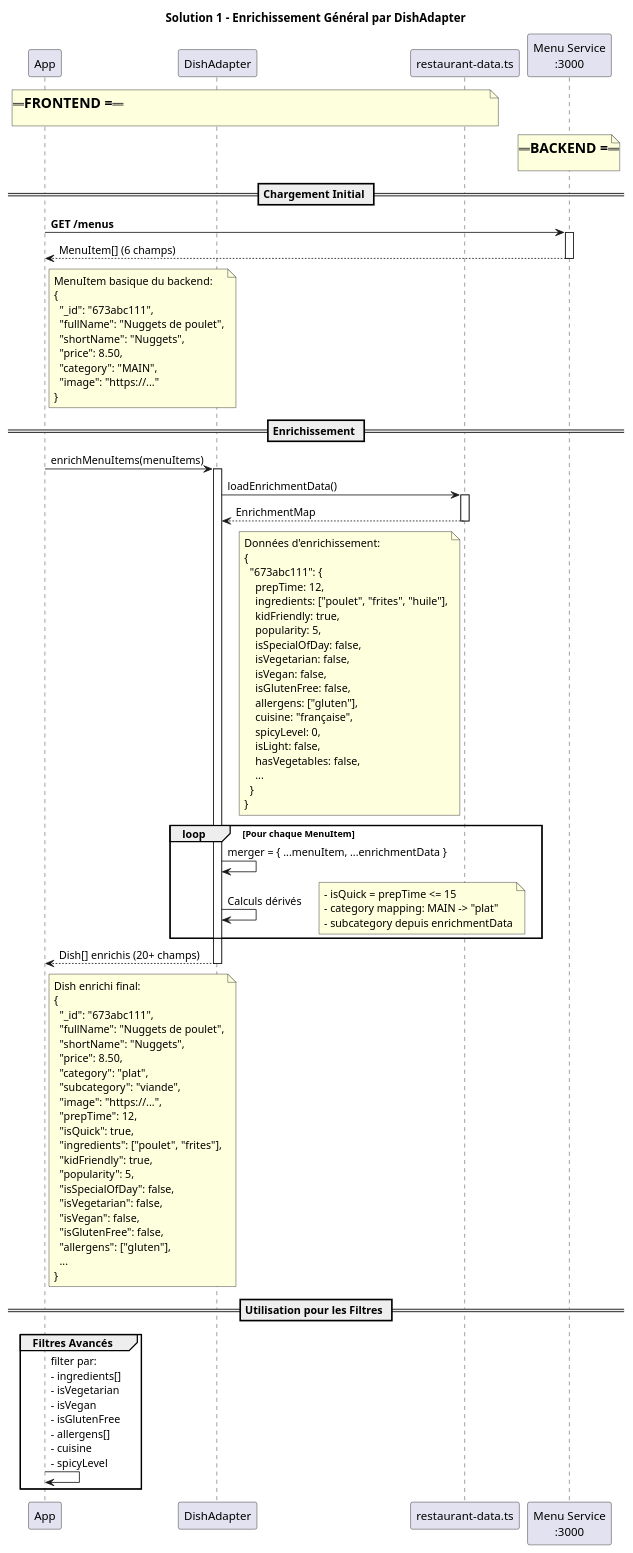
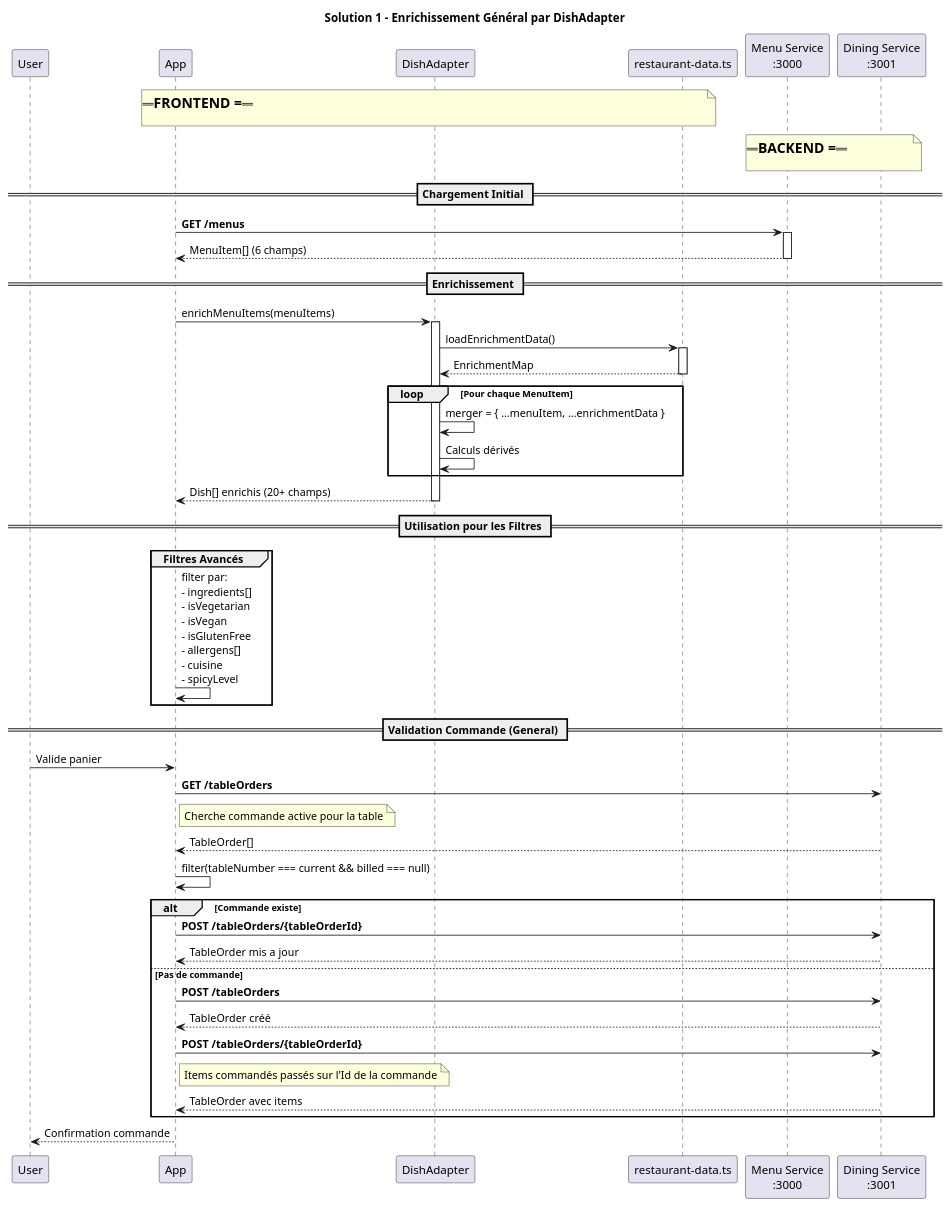
The diagram in misc/diagrams/solution1-enrichissement-general.puml (AlexisDub/AdaptationDesInterfaces), drawn with PlantUML before and after one commit. The commit also changed 9 other files, not shown here.

Commit message:
diagrammes BFF

```diff
--- a/misc/diagrams/solution1-enrichissement-general.puml
+++ b/misc/diagrams/solution1-enrichissement-general.puml
@@ -1,107 +1,66 @@
-@startuml Solution 1 - Enrichissement Général des MenuItem
 title Solution 1 - Enrichissement Général par DishAdapter
 
+participant "User" as User
 participant "App" as FE
 participant "DishAdapter" as DA
 participant "restaurant-data.ts" as Data
 participant "Menu Service\n:3000" as Menu
+participant "Dining Service\n:3001" as Dining
 
 note over FE,Data: === FRONTEND ===
-note over Menu: === BACKEND ===
+note over Menu,Dining: === BACKEND ===
 
 == Chargement Initial ==
 
 FE -> Menu: **GET /menus**
 activate Menu
 Menu --> FE: MenuItem[] (6 champs)
 deactivate Menu
 
-note right of FE
-  MenuItem basique du backend:
-  {
-    "_id": "673abc111",
-    "fullName": "Nuggets de poulet",
-    "shortName": "Nuggets",
-    "price": 8.50,
-    "category": "MAIN",
-    "image": "https://..."
-  }
-end note
 
 == Enrichissement ==
 
 FE -> DA: enrichMenuItems(menuItems)
 activate DA
 
 DA -> Data: loadEnrichmentData()
 activate Data
 Data --> DA: EnrichmentMap
 deactivate Data
 
-note left of Data
-  Données d'enrichissement:
-  {
-    "673abc111": {
-      prepTime: 12,
-      ingredients: ["poulet", "frites", "huile"],
-      kidFriendly: true,
-      popularity: 5,
-      isSpecialOfDay: false,
-      isVegetarian: false,
-      isVegan: false,
-      isGlutenFree: false,
-      allergens: ["gluten"],
-      cuisine: "française",
-      spicyLevel: 0,
-      isLight: false,
-      hasVegetables: false,
-      ...
-    }
-  }
-end note
 
 loop Pour chaque MenuItem
   DA -> DA: merger = { ...menuItem, ...enrichmentData }
   
   DA -> DA: Calculs dérivés
-  note right
-    - isQuick = prepTime <= 15
-    - category mapping: MAIN -> "plat"
-    - subcategory depuis enrichmentData
-  end note
 end
 
 DA --> FE: Dish[] enrichis (20+ champs)
 deactivate DA
-
-note right of FE
-  Dish enrichi final:
-  {
-    "_id": "673abc111",
-    "fullName": "Nuggets de poulet",
-    "shortName": "Nuggets",
-    "price": 8.50,
-    "category": "plat",
-    "subcategory": "viande",
-    "image": "https://...",
-    "prepTime": 12,
-    "isQuick": true,
-    "ingredients": ["poulet", "frites"],
-    "kidFriendly": true,
-    "popularity": 5,
-    "isSpecialOfDay": false,
-    "isVegetarian": false,
-    "isVegan": false,
-    "isGlutenFree": false,
-    "allergens": ["gluten"],
-    ...
-  }
-end note
 
 == Utilisation pour les Filtres ==
 
 group Filtres Avancés
   FE -> FE: filter par:\n- ingredients[]\n- isVegetarian\n- isVegan\n- isGlutenFree\n- allergens[]\n- cuisine\n- spicyLevel
 end
 
-@enduml
+== Validation Commande (General) ==
+
+User -> FE: Valide panier
+FE -> Dining: **GET /tableOrders**
+note right of FE: Cherche commande active pour la table
+Dining --> FE: TableOrder[]
+FE -> FE: filter(tableNumber === current && billed === null)
+
+alt Commande existe
+  FE -> Dining: **POST /tableOrders/{tableOrderId}**
+  Dining --> FE: TableOrder mis a jour
+else Pas de commande
+  FE -> Dining: **POST /tableOrders**
+  Dining --> FE: TableOrder créé
+  FE -> Dining: **POST /tableOrders/{tableOrderId}**
+  note right of FE:Items commandés passés sur l'Id de la commande
+  Dining --> FE: TableOrder avec items
+end
+
+FE --> User: Confirmation commande
```
